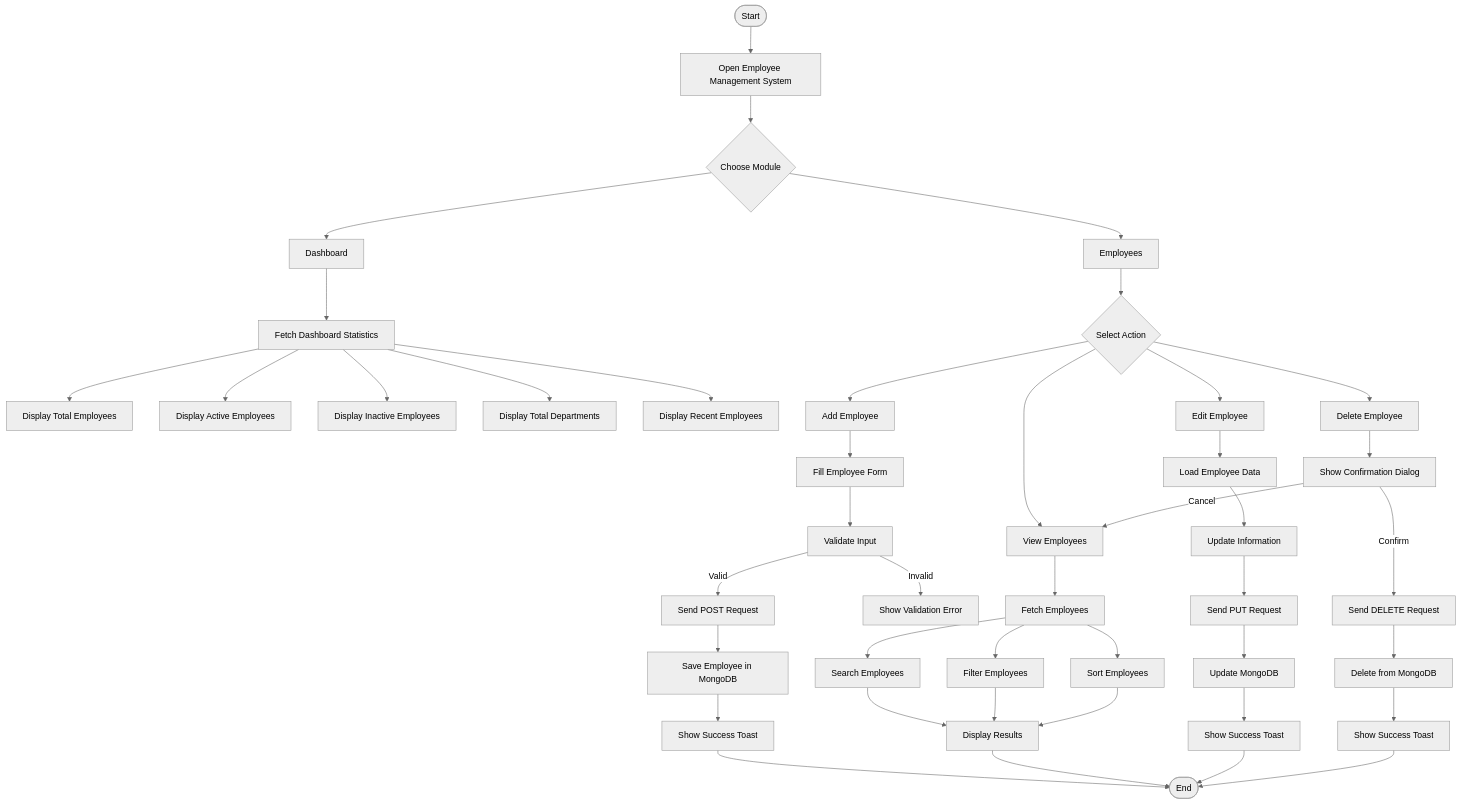
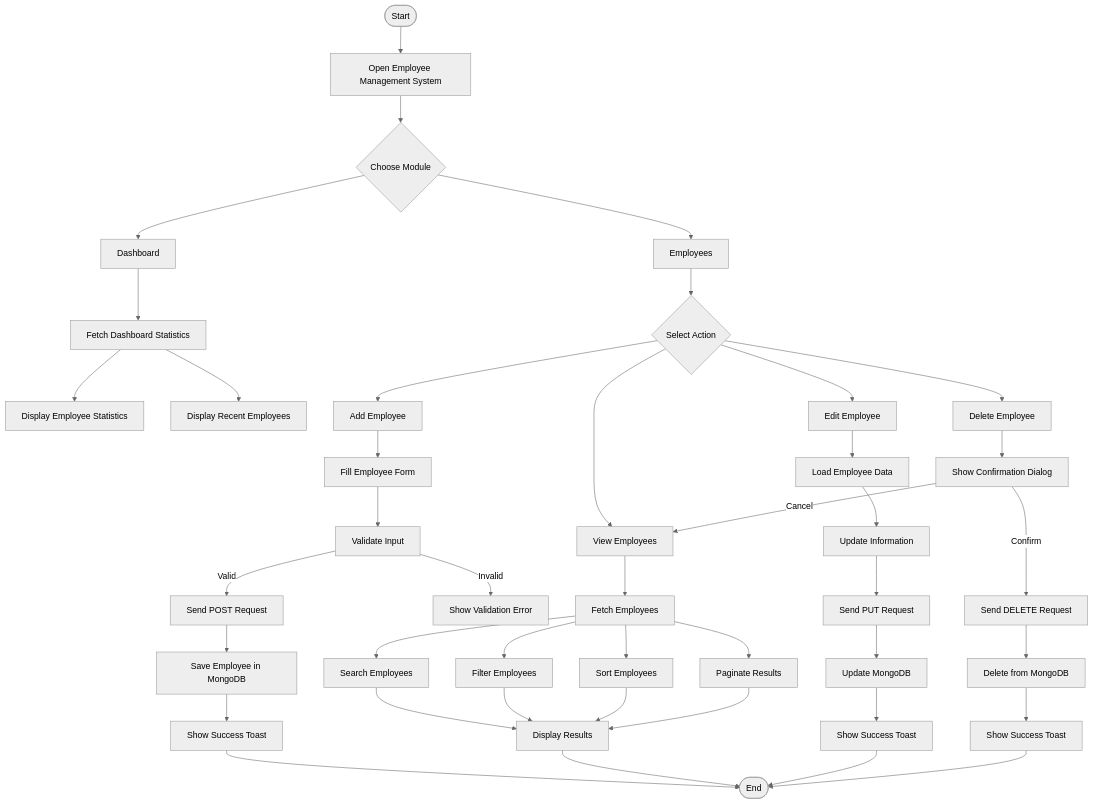
Before and after one commit to sabeerdeveloper555/Employee-Management-System: the diagram in README.md, drawn with Mermaid (neutral theme). The commit also changed other lines of this file and 1 other file, not shown here.

Commit message:
feat: complete phase 5 employee management features

````diff
--- a/README.md
+++ b/README.md
@@ -150,63 +143,51 @@
 ```mermaid
 flowchart TD
-
 A([Start]) --> B[Open Employee Management System]
-
 B --> C{Choose Module}
-
 C --> D[Dashboard]
 C --> E[Employees]
 
-%% Dashboard
 D --> D1[Fetch Dashboard Statistics]
-D1 --> D2[Display Total Employees]
-D1 --> D3[Display Active Employees]
-D1 --> D4[Display Inactive Employees]
-D1 --> D5[Display Total Departments]
-D1 --> D6[Display Recent Employees]
+D1 --> D2[Display Employee Statistics]
+D1 --> D3[Display Recent Employees]
 
-%% Employee Module
 E --> F{Select Action}
-
 F --> G[Add Employee]
 F --> H[View Employees]
 F --> I[Edit Employee]
 F --> J[Delete Employee]
 
-%% Add Employee
 G --> G1[Fill Employee Form]
 G1 --> G2[Validate Input]
 G2 -->|Valid| G3[Send POST Request]
 G2 -->|Invalid| G4[Show Validation Error]
 G3 --> G5[Save Employee in MongoDB]
 G5 --> G6[Show Success Toast]
 
-%% View Employee
 H --> H1[Fetch Employees]
 H1 --> H2[Search Employees]
 H1 --> H3[Filter Employees]
 H1 --> H4[Sort Employees]
-H2 --> H5[Display Results]
-H3 --> H5
-H4 --> H5
+H1 --> H5[Paginate Results]
+H2 --> H6[Display Results]
+H3 --> H6
+H4 --> H6
+H5 --> H6
 
-%% Edit Employee
 I --> I1[Load Employee Data]
 I1 --> I2[Update Information]
 I2 --> I3[Send PUT Request]
 I3 --> I4[Update MongoDB]
 I4 --> I5[Show Success Toast]
 
-%% Delete Employee
 J --> J1[Show Confirmation Dialog]
 J1 -->|Confirm| J2[Send DELETE Request]
 J1 -->|Cancel| H
 J2 --> J3[Delete from MongoDB]
 J3 --> J4[Show Success Toast]
 
-%% End
 G6 --> Z([End])
-H5 --> Z
+H6 --> Z
 I5 --> Z
 J4 --> Z
 ```
````
